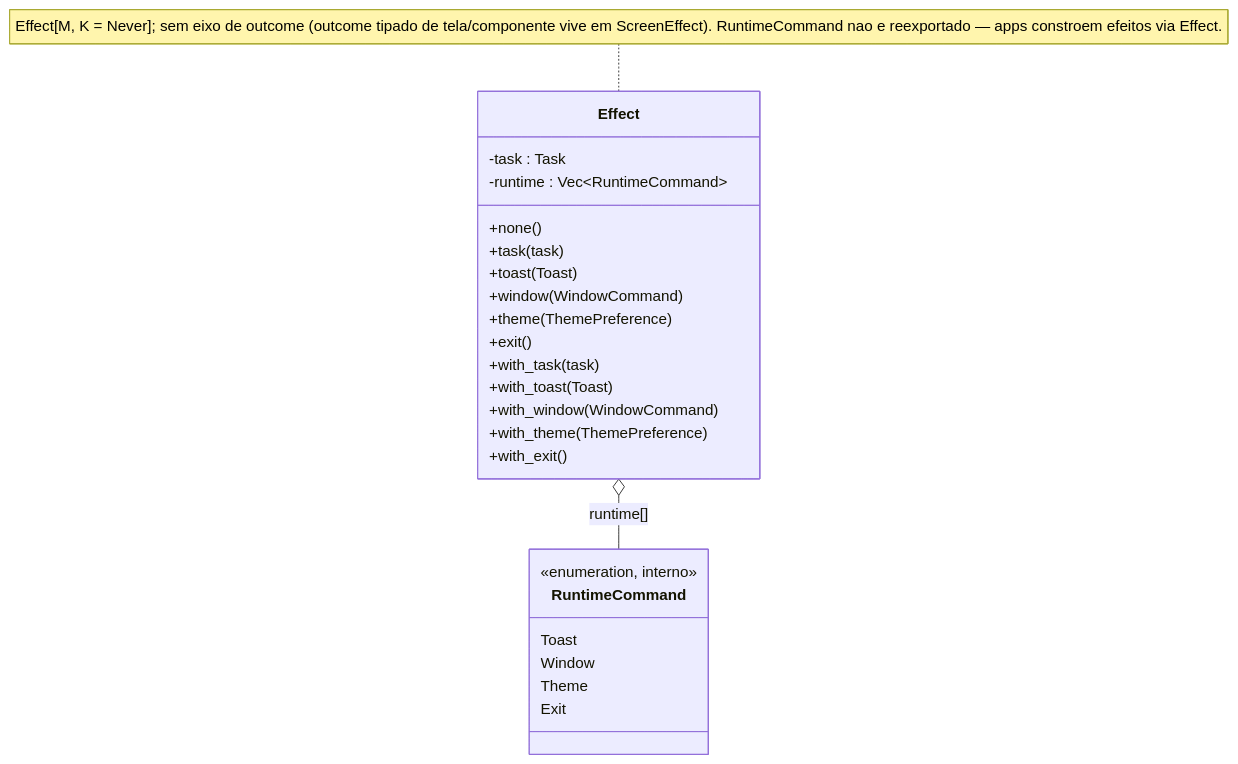
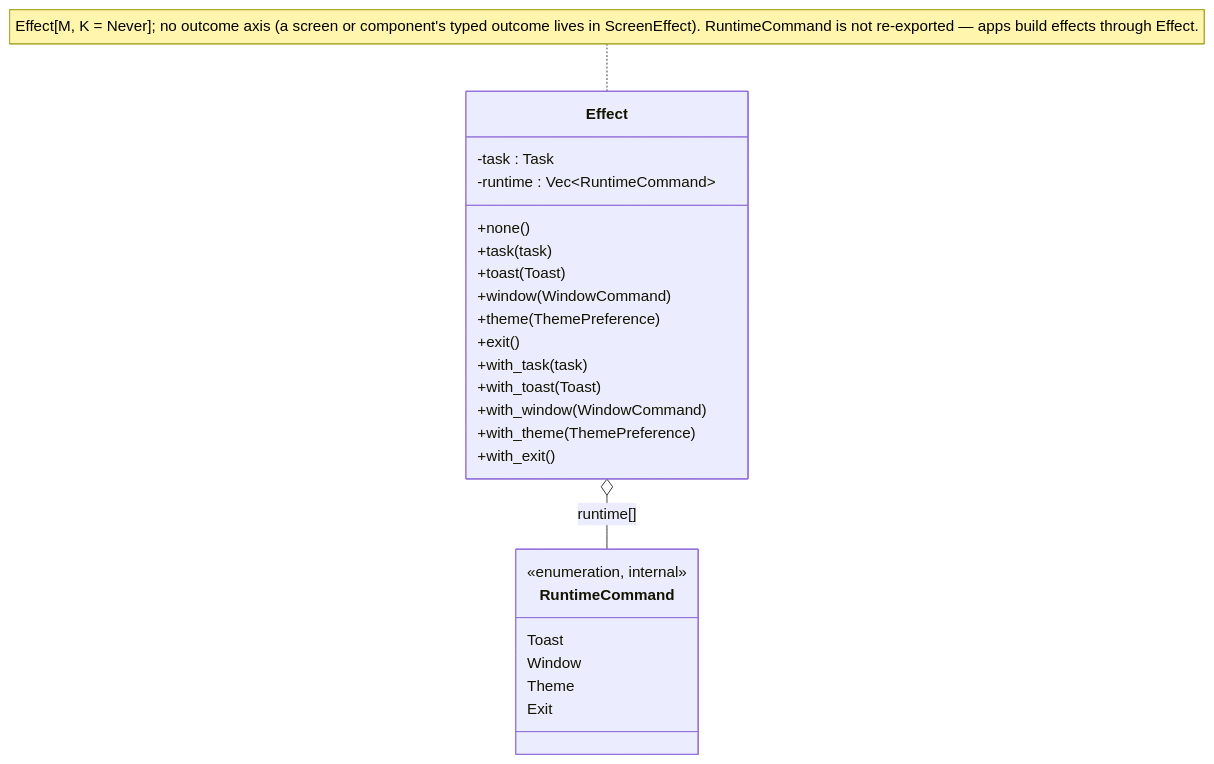
The third of 4 diagrams in docs/architecture/api-surface.md (JirlanSouza/nive), drawn with Mermaid before and after one commit. The commit also changed other lines of this file and 15 other files, not shown here.

````diff
--- a/docs/architecture/api-surface.md
+++ b/docs/architecture/api-surface.md
@@ -111,27 +117,27 @@
 ```mermaid
 classDiagram
     class Effect {
         -task : Task
         -runtime : Vec~RuntimeCommand~
         +none()
         +task(task)
         +toast(Toast)
         +window(WindowCommand)
         +theme(ThemePreference)
         +exit()
         +with_task(task)
         +with_toast(Toast)
         +with_window(WindowCommand)
         +with_theme(ThemePreference)
         +with_exit()
     }
     class RuntimeCommand {
-        <<enumeration, interno>>
+        <<enumeration, internal>>
         Toast
         Window
         Theme
         Exit
     }
     Effect o-- RuntimeCommand : runtime[]
-    note for Effect "Effect[M, K = Never]; sem eixo de outcome (outcome tipado de tela/componente vive em ScreenEffect). RuntimeCommand nao e reexportado — apps constroem efeitos via Effect."
+    note for Effect "Effect[M, K = Never]; no outcome axis (a screen or component's typed outcome lives in ScreenEffect). RuntimeCommand is not re-exported — apps build effects through Effect."
 ```
````
